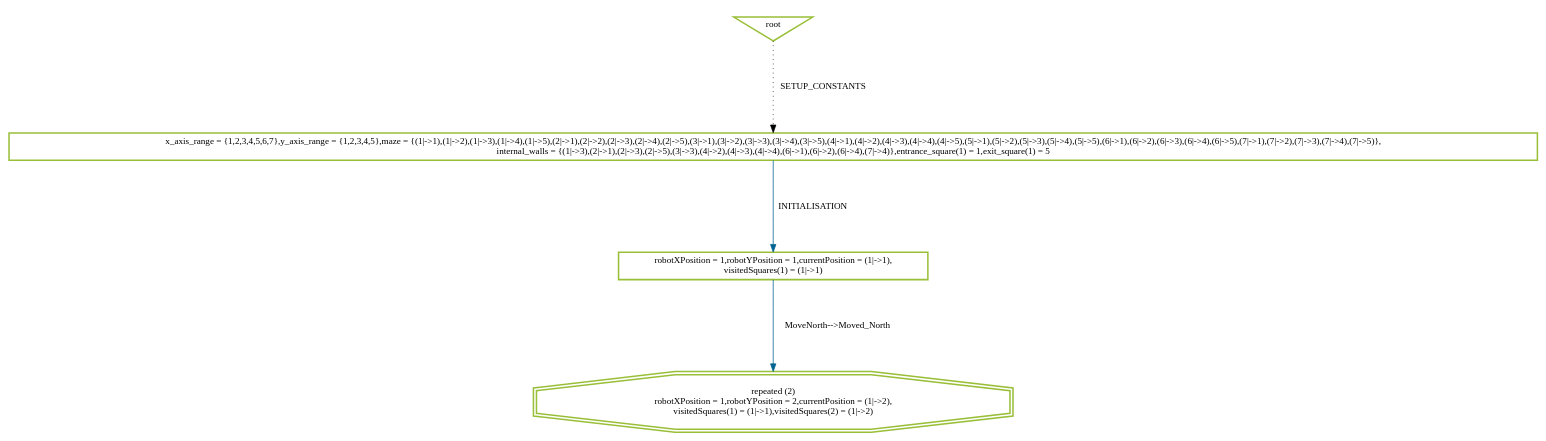
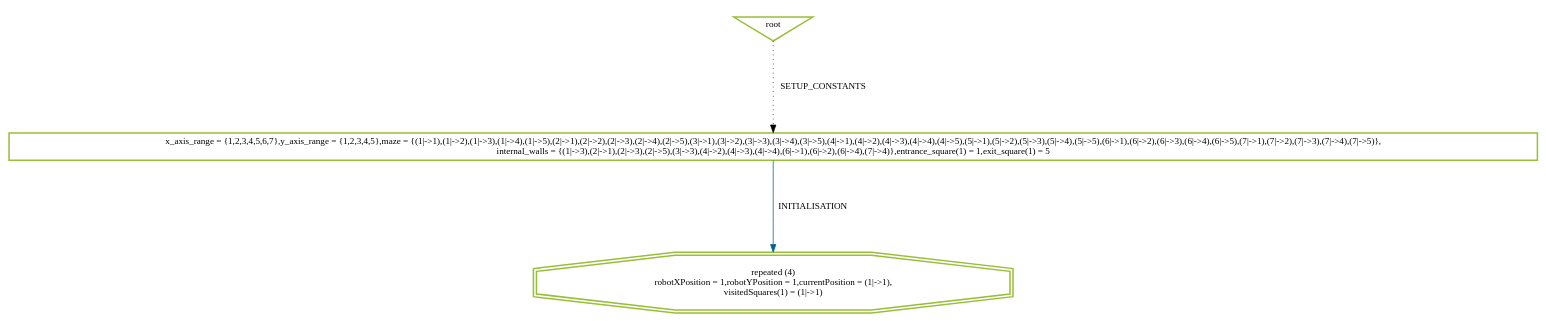
One commit to Suwadith/Robot-Maze-B-Machine changed the diagram in Robot.dot. Above: the diagram before and after it, drawn with Graphviz. The commit also changed 6 other files, not shown here.

```diff
--- a/Robot.dot
+++ b/Robot.dot
@@ -1,18 +1,16 @@
 digraph history {
 graph [nodesep=1.5, ranksep=1.5];
 0 [shape=box, color="#99BF38", fontsize=12, penwidth=2, label="x_axis_range = \{1,2,3,4,5,6,7\},y_axis_range = \{1,2,3,4,5\},maze = \{(1\|-\>1),(1\|-\>2),(1\|-\>3),(1\|-\>4),(1\|-\>5),(2\|-\>1),(2\|-\>2),(2\|-\>3),(2\|-\>4),(2\|-\>5),(3\|-\>1),(3\|-\>2),(3\|-\>3),(3\|-\>4),(3\|-\>5),(4\|-\>1),(4\|-\>2),(4\|-\>3),(4\|-\>4),(4\|-\>5),(5\|-\>1),(5\|-\>2),(5\|-\>3),(5\|-\>4),(5\|-\>5),(6\|-\>1),(6\|-\>2),(6\|-\>3),(6\|-\>4),(6\|-\>5),(7\|-\>1),(7\|-\>2),(7\|-\>3),(7\|-\>4),(7\|-\>5)\},\ninternal_walls = \{(1\|-\>3),(2\|-\>1),(2\|-\>3),(2\|-\>5),(3\|-\>3),(4\|-\>2),(4\|-\>3),(4\|-\>4),(6\|-\>1),(6\|-\>2),(6\|-\>4),(7\|-\>4)\},entrance_square(1) = 1,exit_square(1) = 5"];
 
-1 [shape=box, color="#99BF38", fontsize=12, penwidth=2, label="robotXPosition = 1,robotYPosition = 1,currentPosition = (1\|-\>1),\nvisitedSquares(1) = (1\|-\>1)"];
-
-2 [shape=doubleoctagon, color="#99BF38", fontsize=12, penwidth=2, label="repeated (2)\nrobotXPosition = 1,robotYPosition = 2,currentPosition = (1\|-\>2),\nvisitedSquares(1) = (1\|-\>1),visitedSquares(2) = (1\|-\>2)"];
+1 [shape=doubleoctagon, color="#99BF38", fontsize=12, penwidth=2, label="repeated (4)\nrobotXPosition = 1,robotYPosition = 1,currentPosition = (1\|-\>1),\nvisitedSquares(1) = (1\|-\>1)"];
 
 root [shape=invtriangle, color="#99BF38", fontsize=12, penwidth=2, label="root"];
 
 root -> 0 [style = dotted, color = black, label="SETUP_CONSTANTS", fontsize=12];
 
 0 -> 1 [color = "#006391", label="INITIALISATION", fontsize=12];
 
-1 -> 2 [color = "#006391", label="MoveNorth--\>Moved_North", fontsize=12];
+
 
 
 }
```
